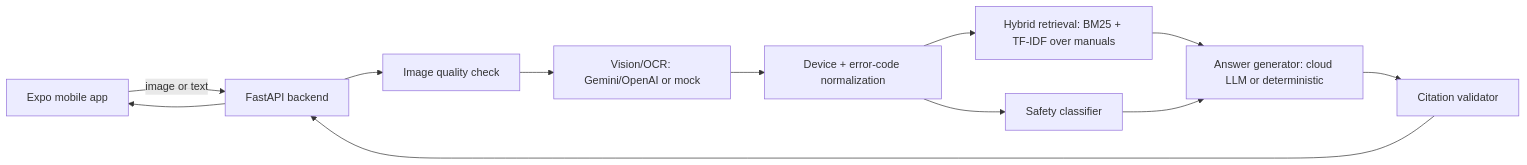
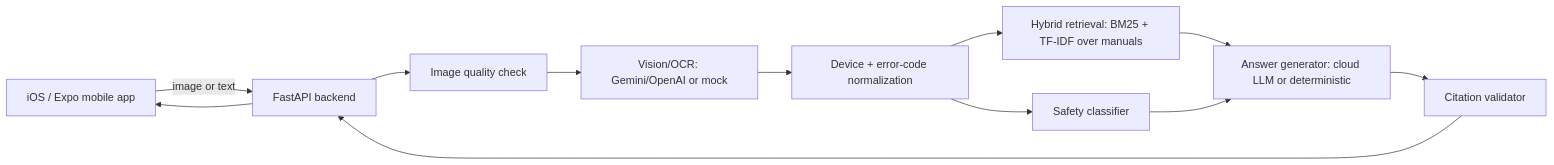
The diagram in README.md (rakexhs/fixit-lens), drawn with Mermaid before and after one commit. The commit also changed other lines of this file and 7 other files, not shown here.

````diff
--- a/README.md
+++ b/README.md
@@ -40,14 +36,14 @@
 ```mermaid
 flowchart LR
-    A[Expo mobile app] -->|image or text| B[FastAPI backend]
+    A[iOS / Expo mobile app] -->|image or text| B[FastAPI backend]
     B --> C[Image quality check]
     C --> D[Vision/OCR: Gemini/OpenAI or mock]
     D --> E[Device + error-code normalization]
     E --> F[Hybrid retrieval: BM25 + TF-IDF over manuals]
     E --> G[Safety classifier]
     F --> H[Answer generator: cloud LLM or deterministic]
     G --> H
     H --> I[Citation validator]
     I --> B
     B --> A
 ```
````
